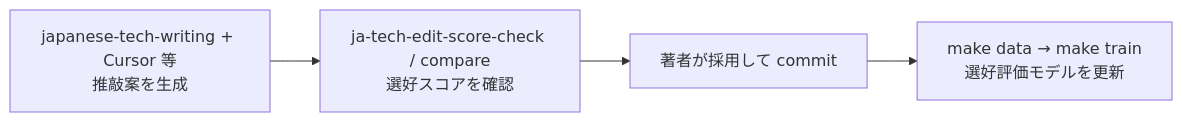
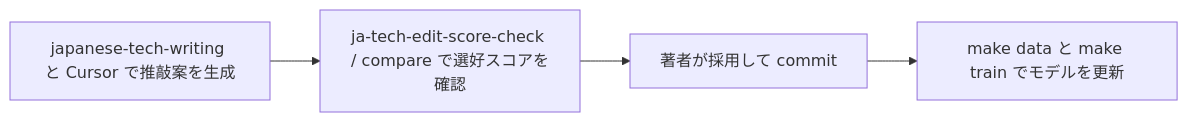
The second of 2 diagrams in docs/WORKFLOW.md (k16shikano/ja-tech-edit-score), drawn with Mermaid before and after one commit. The commit also changed other lines of this file, not shown here.

````diff
--- a/docs/WORKFLOW.md
+++ b/docs/WORKFLOW.md
@@ -46,8 +48,8 @@
 ```mermaid
 flowchart LR
-  G[japanese-tech-writing + Cursor 等<br/>推敲案を生成]
-  S[ja-tech-edit-score-check / compare<br/>選好スコアを確認]
-  C[著者が採用して commit]
-  L[make data → make train<br/>選好評価モデルを更新]
+  G["japanese-tech-writing と Cursor で推敲案を生成"]
+  S["ja-tech-edit-score-check / compare で選好スコアを確認"]
+  C["著者が採用して commit"]
+  L["make data と make train でモデルを更新"]
   G --> S --> C --> L
 ```
````
